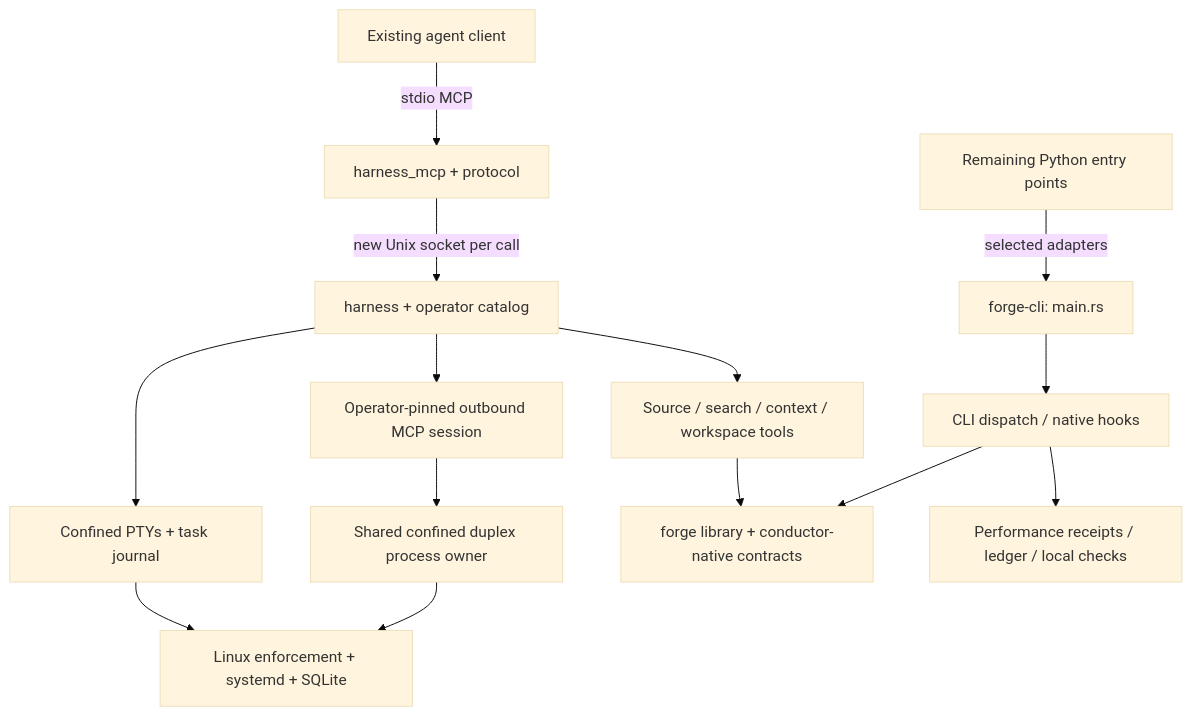
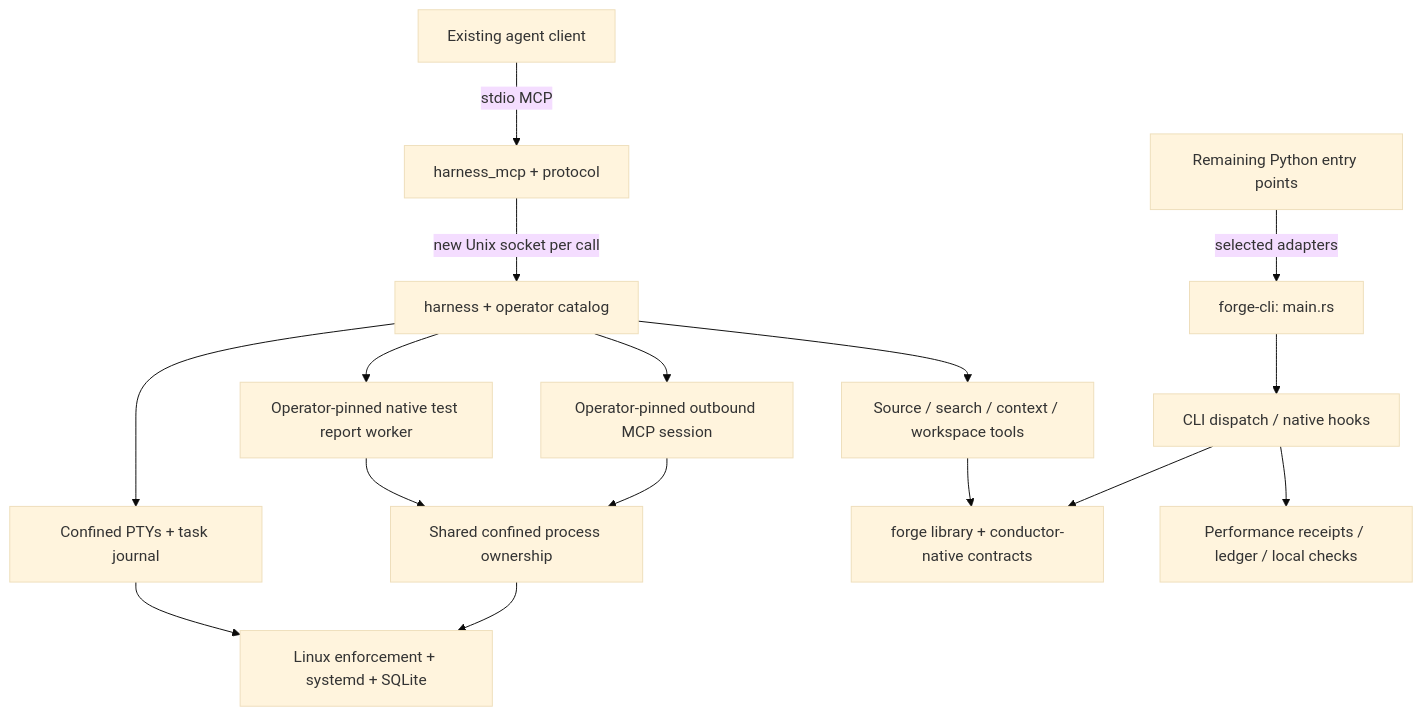
The diagram in docs/roadmap.md (mcpirate17/llm-forge), drawn with Mermaid (base theme) before and after one commit. The commit also changed other lines of this file and 28 other files, not shown here.

````diff
--- a/docs/roadmap.md
+++ b/docs/roadmap.md
@@ -76,16 +103,18 @@
 ```mermaid
 flowchart TD
   Client[Existing agent client] -->|stdio MCP| Adapter[harness_mcp + protocol]
   Adapter -->|new Unix socket per call| Service[harness + operator catalog]
   Service --> Source[Source / search / context / workspace tools]
   Service --> Terminal[Confined PTYs + task journal]
   Service --> Outbound[Operator-pinned outbound MCP session]
-  Outbound --> Owner[Shared confined duplex process owner]
+  Service --> Report[Operator-pinned native test report worker]
+  Outbound --> Owner[Shared confined process ownership]
+  Report --> Owner
   Owner --> Controls
   CLI[forge-cli: main.rs] --> Dispatch[CLI dispatch / native hooks]
   Dispatch --> Native[forge library + conductor-native contracts]
   Source --> Native
   Terminal --> Controls[Linux enforcement + systemd + SQLite]
   Python[Remaining Python entry points] -->|selected adapters| CLI
   Dispatch --> Evidence[Performance receipts / ledger / local checks]
 ```
````
